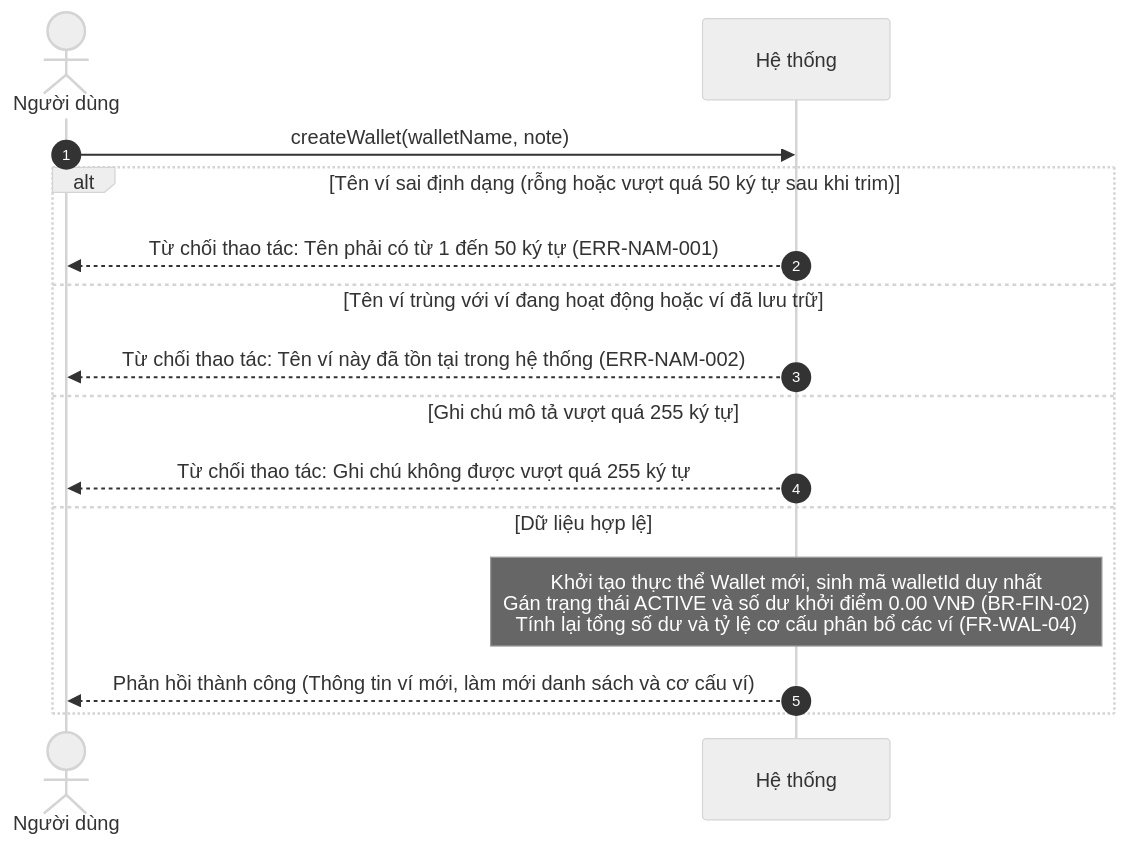
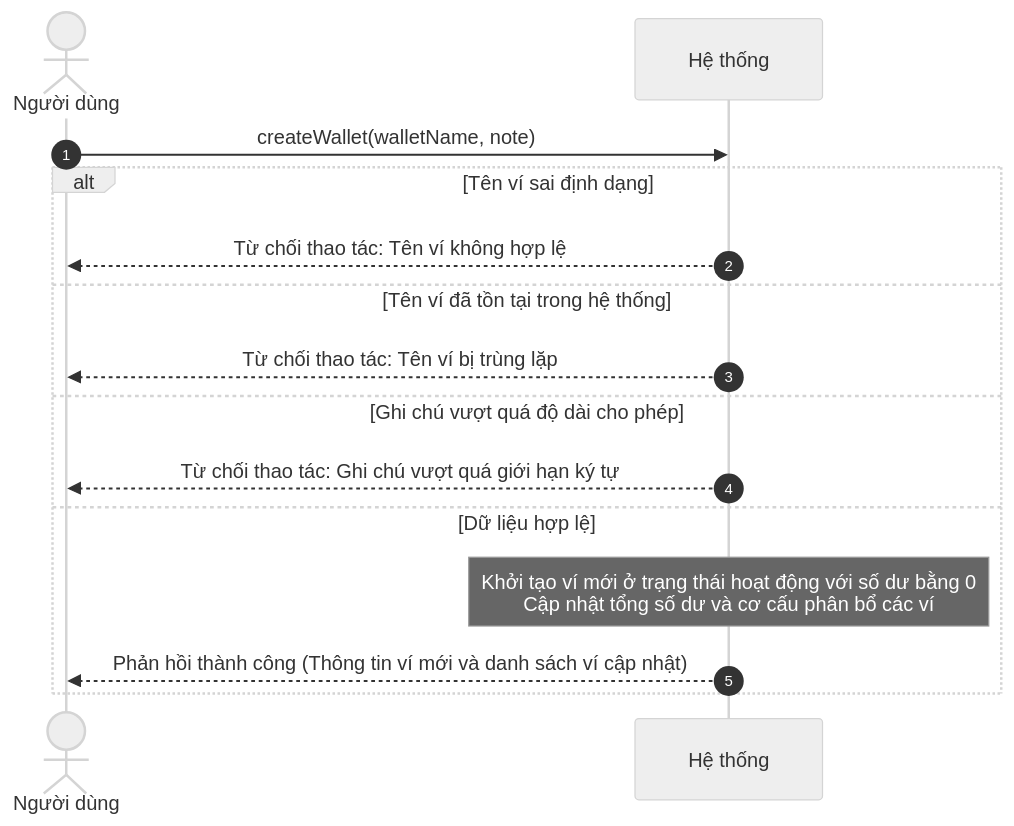
Before and after one commit to mynhleeh/pfms-oop: the first of 20 diagrams in docs/object-oriented-analysis/03-so-do-tuan-tu-he-thong-ssd.md, drawn with Mermaid (neutral theme). The commit also changed other lines of this file and 3 other files, not shown here.

Commit message:
docs(ood): 03 04 05 06 - fix the rule and errror notation - fix the diagrams

````diff
--- a/docs/object-oriented-analysis/03-so-do-tuan-tu-he-thong-ssd.md
+++ b/docs/object-oriented-analysis/03-so-do-tuan-tu-he-thong-ssd.md
@@ -53,18 +53,18 @@
 ```mermaid
 sequenceDiagram
     autonumber
     actor User as Người dùng
     participant System as Hệ thống
 
     User->>System: createWallet(walletName, note)
-    alt Tên ví sai định dạng (rỗng hoặc vượt quá 50 ký tự sau khi trim)
-        System-->>User: Từ chối thao tác: Tên phải có từ 1 đến 50 ký tự (ERR-NAM-001)
-    else Tên ví trùng với ví đang hoạt động hoặc ví đã lưu trữ
-        System-->>User: Từ chối thao tác: Tên ví này đã tồn tại trong hệ thống (ERR-NAM-002)
-    else Ghi chú mô tả vượt quá 255 ký tự
-        System-->>User: Từ chối thao tác: Ghi chú không được vượt quá 255 ký tự
+    alt Tên ví sai định dạng
+        System-->>User: Từ chối thao tác: Tên ví không hợp lệ
+    else Tên ví đã tồn tại trong hệ thống
+        System-->>User: Từ chối thao tác: Tên ví bị trùng lặp
+    else Ghi chú vượt quá độ dài cho phép
+        System-->>User: Từ chối thao tác: Ghi chú vượt quá giới hạn ký tự
     else Dữ liệu hợp lệ
-        Note over System: Khởi tạo thực thể Wallet mới, sinh mã walletId duy nhất<br/>Gán trạng thái ACTIVE và số dư khởi điểm 0.00 VNĐ (BR-FIN-02)<br/>Tính lại tổng số dư và tỷ lệ cơ cấu phân bổ các ví (FR-WAL-04)
-        System-->>User: Phản hồi thành công (Thông tin ví mới, làm mới danh sách và cơ cấu ví)
+        Note over System: Khởi tạo ví mới ở trạng thái hoạt động với số dư bằng 0<br/>Cập nhật tổng số dư và cơ cấu phân bổ các ví
+        System-->>User: Phản hồi thành công (Thông tin ví mới và danh sách ví cập nhật)
     end
 ```
````
